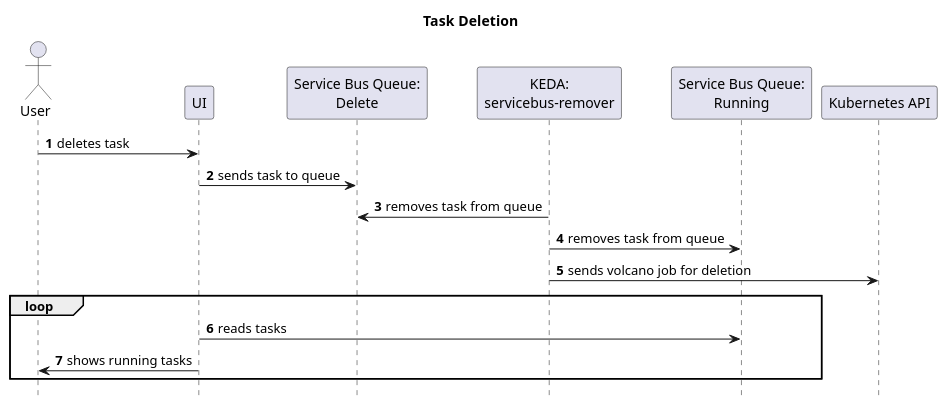
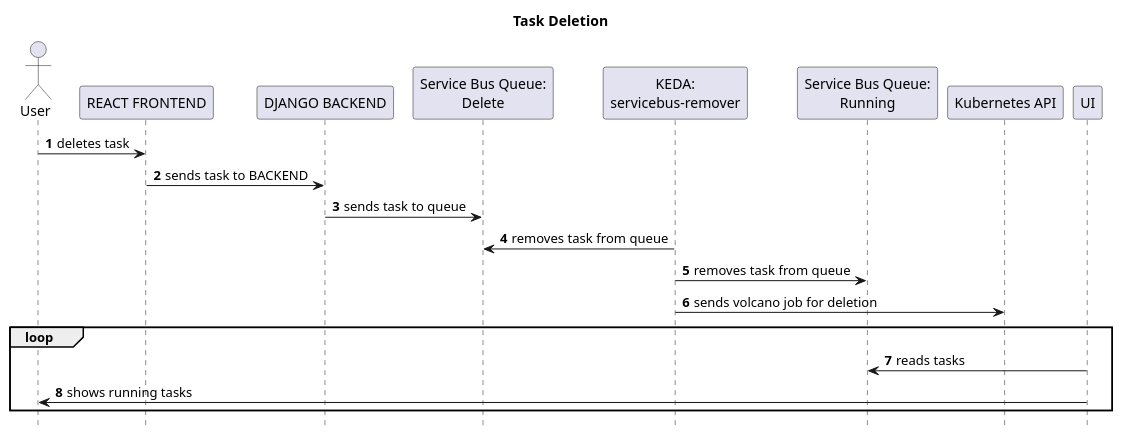
The diagram in assets/sequence-task-deletion.puml (appdevgbb/Project-Stormbreaker), drawn with PlantUML before and after one commit. The commit also changed 10 other files, not shown here.

```diff
--- a/assets/sequence-task-deletion.puml
+++ b/assets/sequence-task-deletion.puml
@@ -1,28 +1,31 @@
 @startuml
 title Task Deletion
 
 actor User
-participant "UI" as UI
+
+participant "REACT FRONTEND" as FRONTEND
+participant "DJANGO BACKEND" as BACKEND
 
 participant "Service Bus Queue:\nDelete" as SB_Delete
 participant "KEDA:\nservicebus-remover" as KEDA_Remover
 participant "Service Bus Queue:\nRunning" as SB_Running
 
 participant "Kubernetes API" as K8S_API
 
 autonumber
 hide footbox
 
-User -> UI: deletes task
-UI -> SB_Delete: sends task to queue
+User -> FRONTEND: deletes task
+FRONTEND -> BACKEND: sends task to BACKEND
+BACKEND -> SB_Delete: sends task to queue
 KEDA_Remover -> SB_Delete: removes task from queue
 KEDA_Remover -> SB_Running: removes task from queue
 
 KEDA_Remover -> K8S_API: sends volcano job for deletion
 
 loop
 UI -> SB_Running: reads tasks
 UI -> User: shows running tasks
 end
 
 @enduml
```
